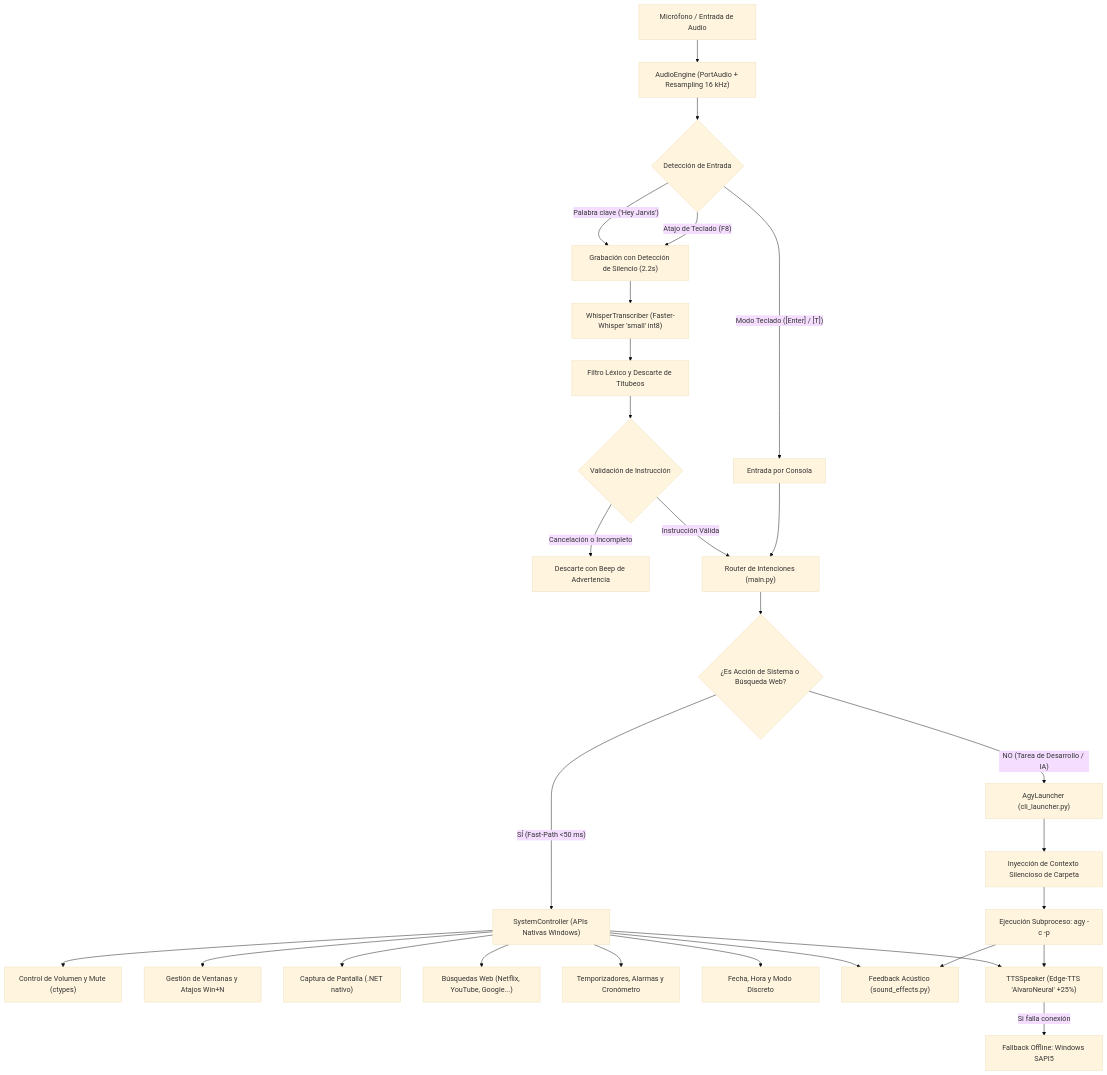
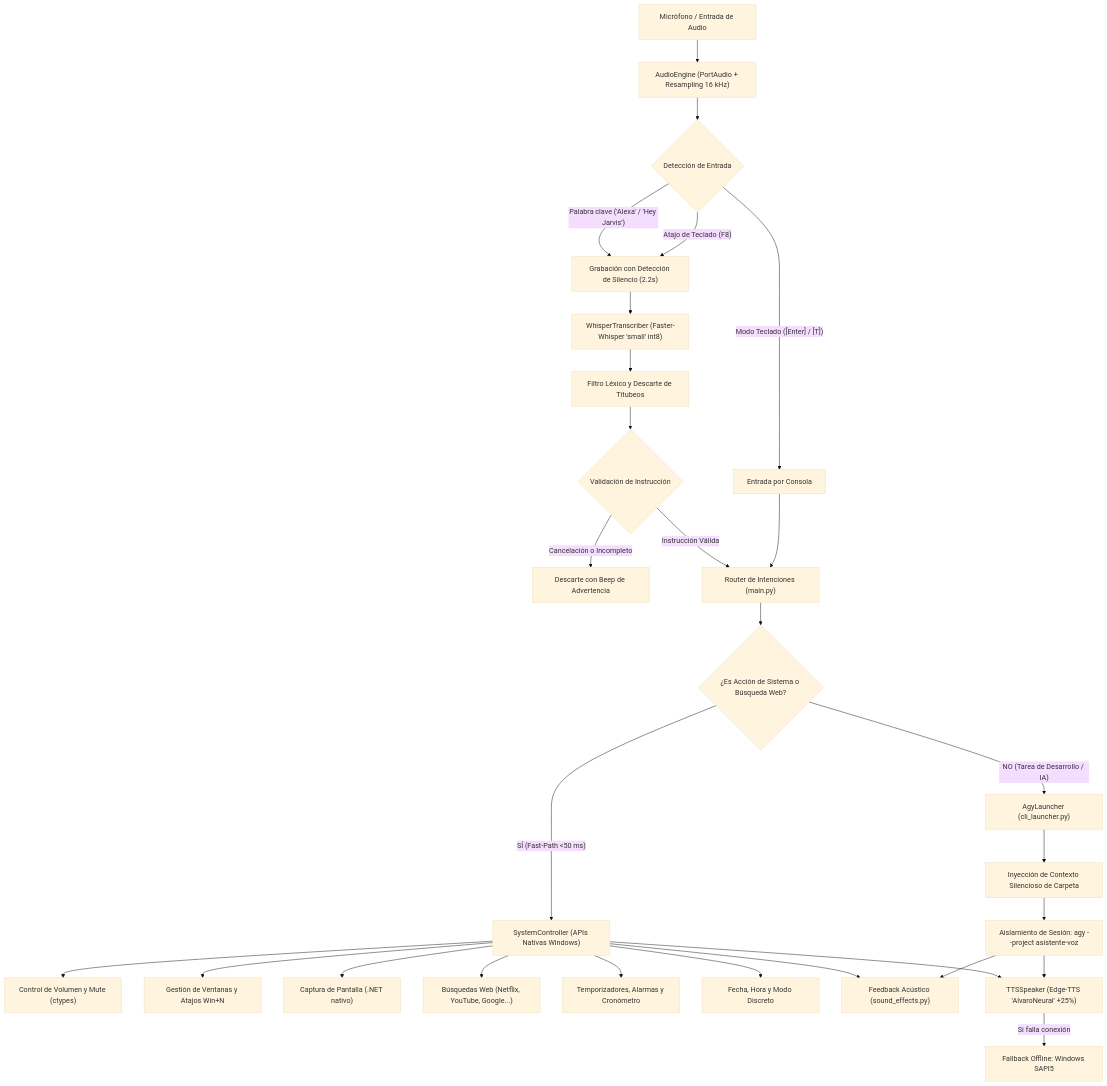
The diagram in README.md (Ale6100/Asistente-vivecodeado), drawn with Mermaid (base theme) before and after one commit. The commit also changed other lines of this file and 7 other files, not shown here.

````diff
--- a/README.md
+++ b/README.md
@@ -13,35 +13,35 @@
 ```mermaid
 flowchart TD
     A["Micrófono / Entrada de Audio"] --> B["AudioEngine (PortAudio + Resampling 16 kHz)"]
     B --> C{"Detección de Entrada"}
-    C -->|"Palabra clave ('Hey Jarvis')"| D["Grabación con Detección de Silencio (2.2s)"]
+    C -->|"Palabra clave ('Alexa' / 'Hey Jarvis')"| D["Grabación con Detección de Silencio (2.2s)"]
     C -->|"Atajo de Teclado (F8)"| D
     C -->|"Modo Teclado ([Enter] / [T])"| E["Entrada por Consola"]
 
     D --> F["WhisperTranscriber (Faster-Whisper 'small' int8)"]
     F --> G["Filtro Léxico y Descarte de Titubeos"]
     G --> H{"Validación de Instrucción"}
     H -->|"Cancelación o Incompleto"| I["Descarte con Beep de Advertencia"]
     H -->|"Instrucción Válida"| J["Router de Intenciones (main.py)"]
     E --> J
 
     J --> K{"¿Es Acción de Sistema o Búsqueda Web?"}
     
     K -->|"SÍ (Fast-Path <50 ms)"| L["SystemController (APIs Nativas Windows)"]
     L --> L1["Control de Volumen y Mute (ctypes)"]
     L --> L2["Gestión de Ventanas y Atajos Win+N"]
     L --> L3["Captura de Pantalla (.NET nativo)"]
     L --> L4["Búsquedas Web (Netflix, YouTube, Google...)"]
     L --> L5["Temporizadores, Alarmas y Cronómetro"]
     L --> L6["Fecha, Hora y Modo Discreto"]
     
     K -->|"NO (Tarea de Desarrollo / IA)"| M["AgyLauncher (cli_launcher.py)"]
     M --> N["Inyección de Contexto Silencioso de Carpeta"]
-    N --> O["Ejecución Subproceso: agy -c -p"]
+    N --> O["Aislamiento de Sesión: agy --project asistente-voz"]
     
     L --> P["Feedback Acústico (sound_effects.py)"]
     O --> P
     L --> Q["TTSSpeaker (Edge-TTS 'AlvaroNeural' +25%)"]
     O --> Q
     Q -->|"Si falla conexión"| R["Fallback Offline: Windows SAPI5"]
 ```
````
